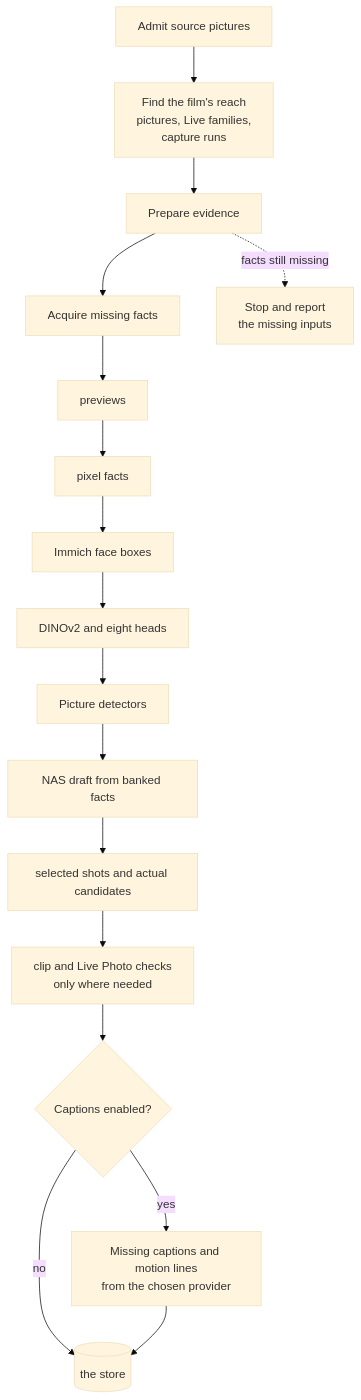
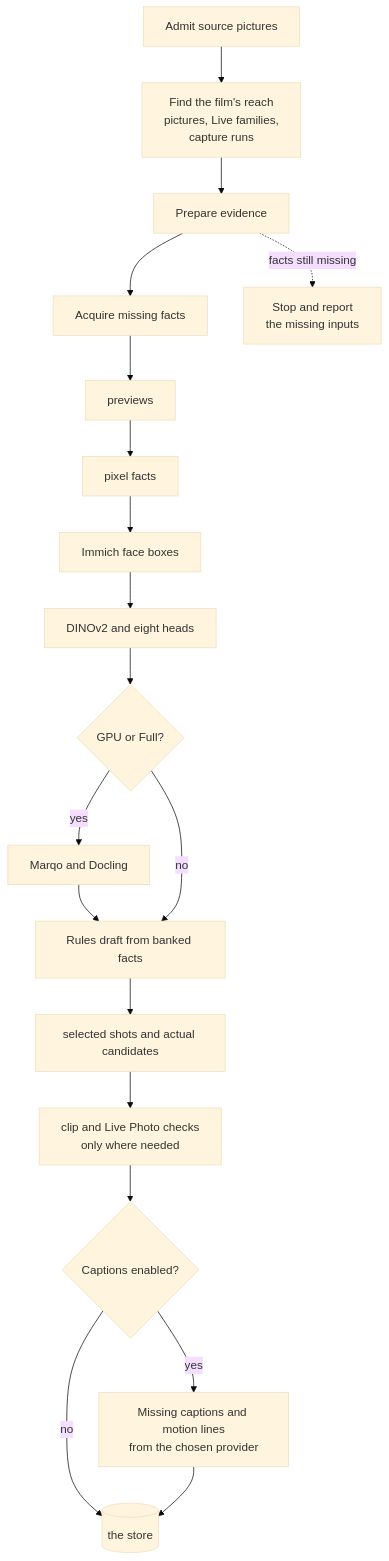
One commit to sam-dumont/immich-memories changed the third of 3 diagrams in docs-site/docs/how-it-chooses/overview.md. Above: the diagram before and after it, drawn with Mermaid (base theme). The commit also changed other lines of this file and 36 other files, not shown here.

Commit message:
perf(nas): keep model detectors on GPU and full tiers

````diff
--- a/docs-site/docs/how-it-chooses/overview.md
+++ b/docs-site/docs/how-it-chooses/overview.md
@@ -96,17 +96,18 @@
 ```mermaid
 flowchart TD
   src["Admit source pictures"] --> reach["Find the film's reach<br/>pictures, Live families,<br/>capture runs"]
   reach --> ev["Prepare evidence"]
   ev --> ann["Acquire missing facts"]
   ann --> previews["previews"] --> pixels["pixel facts"] --> faces["Immich face boxes"]
   faces --> heads["DINOv2 and eight heads"]
-  heads --> det["Picture detectors"]
-  det --> draft["NAS draft from banked facts"]
+  heads --> det{"GPU or Full?"}
+  det -- yes --> heavy["Marqo and Docling"] --> draft["Rules draft from banked facts"]
+  det -- no --> draft
   draft --> demand["selected shots and actual candidates"]
   demand --> clip["clip and Live Photo checks<br/>only where needed"]
   clip --> cap{"Captions enabled?"}
   cap -- yes --> captions["Missing captions and motion lines<br/>from the chosen provider"]
   cap -- no --> store[("the store")]
   captions --> store
   ev -.->|"facts still missing"| stop["Stop and report<br/>the missing inputs"]
 ```
````
